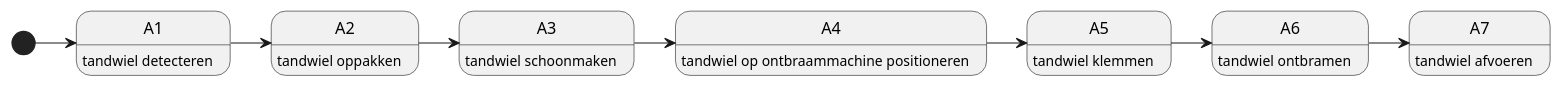
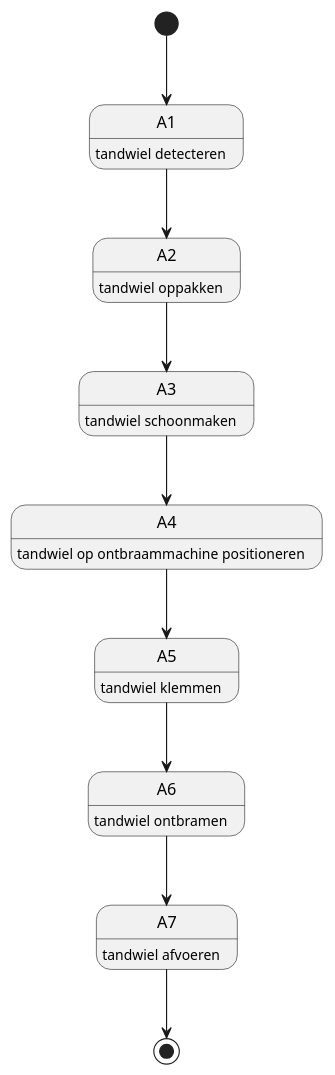
One commit to 554028/ProjectGearDeburr changed the diagram in src/IDEF0Scheme.md. Above: the diagram before and after it, drawn with PlantUML. The commit also changed 1 other file, not shown here.

Commit message:
adding double arrows to improce placement

````diff
--- a/src/IDEF0Scheme.md
+++ b/src/IDEF0Scheme.md
@@ -5,20 +5,21 @@
 ```plantuml
 @startuml
 
-[*] -> A1
+[*] --> A1
 A1 : tandwiel detecteren
-A1 -> A2
+A1 --> A2
 A2: tandwiel oppakken
-A2 -> A3
+A2 --> A3
 A3 : tandwiel schoonmaken
-A3 -> A4
+A3 --> A4
 A4 : tandwiel op ontbraammachine positioneren
-A4 -> A5
+A4 --> A5
 A5 : tandwiel klemmen
-A5 -> A6
+A5 --> A6
 A6 : tandwiel ontbramen
-A6 -> A7
+A6 --> A7
 A7 : tandwiel afvoeren
+A7 --> [*]
 
 @enduml
 ```
````
